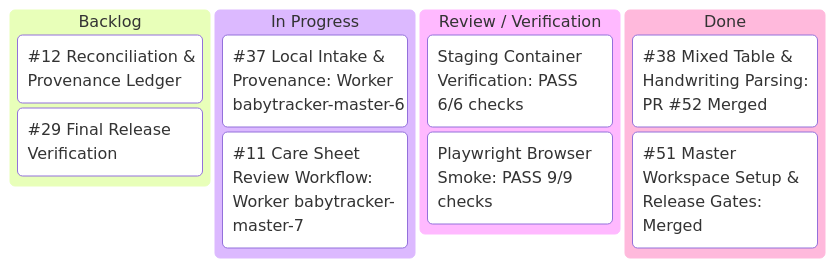
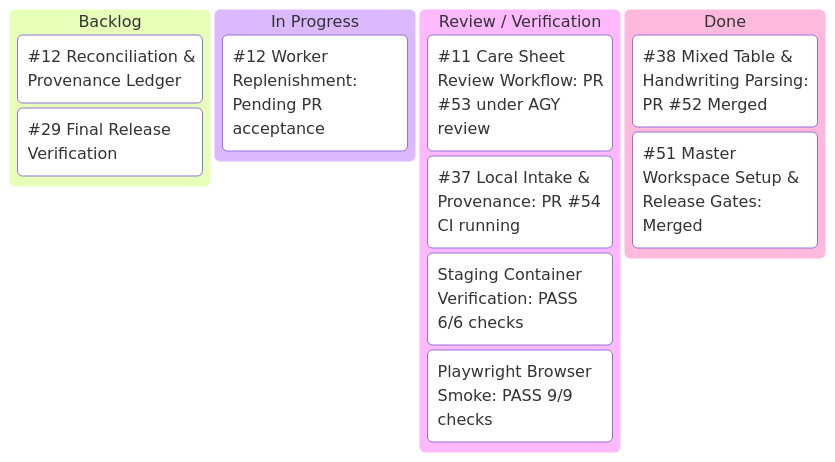
The diagram in docs/KANBAN.md (MulattoTech/BabyTracker-Master), drawn with Mermaid before and after one commit. The commit also changed other lines of this file, not shown here.

Commit message:
docs(kanban): update OCR intake PR #54 and review UX PR #53 verification status

````diff
--- a/docs/KANBAN.md
+++ b/docs/KANBAN.md
@@ -11,15 +11,16 @@
 ```mermaid
 kanban
   Backlog
     [#12 Reconciliation & Provenance Ledger]
     [#29 Final Release Verification]
   In Progress
-    [#37 Local Intake & Provenance: Worker babytracker-master-6]
-    [#11 Care Sheet Review Workflow: Worker babytracker-master-7]
+    [#12 Worker Replenishment: Pending PR acceptance]
   Review / Verification
+    [#11 Care Sheet Review Workflow: PR #53 under AGY review]
+    [#37 Local Intake & Provenance: PR #54 CI running]
     [Staging Container Verification: PASS 6/6 checks]
     [Playwright Browser Smoke: PASS 9/9 checks]
   Done
     [#38 Mixed Table & Handwriting Parsing: PR #52 Merged]
     [#51 Master Workspace Setup & Release Gates: Merged]
 ```
````
